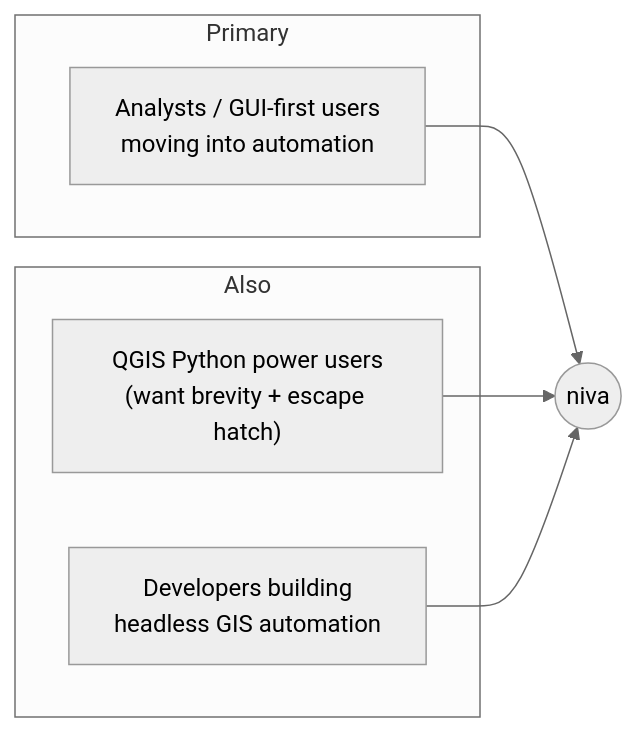
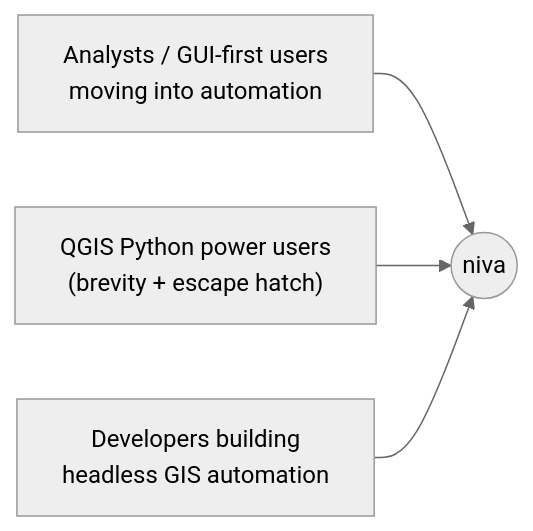
Before and after one commit to johnzastrow/niva: the second of 2 diagrams in planning/01-prd.md, drawn with Mermaid (neutral theme). The commit also changed other lines of this file and 2 other files, not shown here.

````diff
--- a/planning/01-prd.md
+++ b/planning/01-prd.md
@@ -85,13 +104,6 @@
 ```mermaid
 flowchart LR
-    subgraph Primary
-      A["Analysts / GUI-first users<br/>moving into automation"]
-    end
-    subgraph Also
-      B["QGIS Python power users<br/>(want brevity + escape hatch)"]
-      C["Developers building<br/>headless GIS automation"]
-    end
-    A --> N((niva))
-    B --> N
-    C --> N
+    A["Analysts / GUI-first users<br/>moving into automation"] --> N((niva))
+    B["QGIS Python power users<br/>(brevity + escape hatch)"] --> N
+    C["Developers building<br/>headless GIS automation"] --> N
 ```
````
